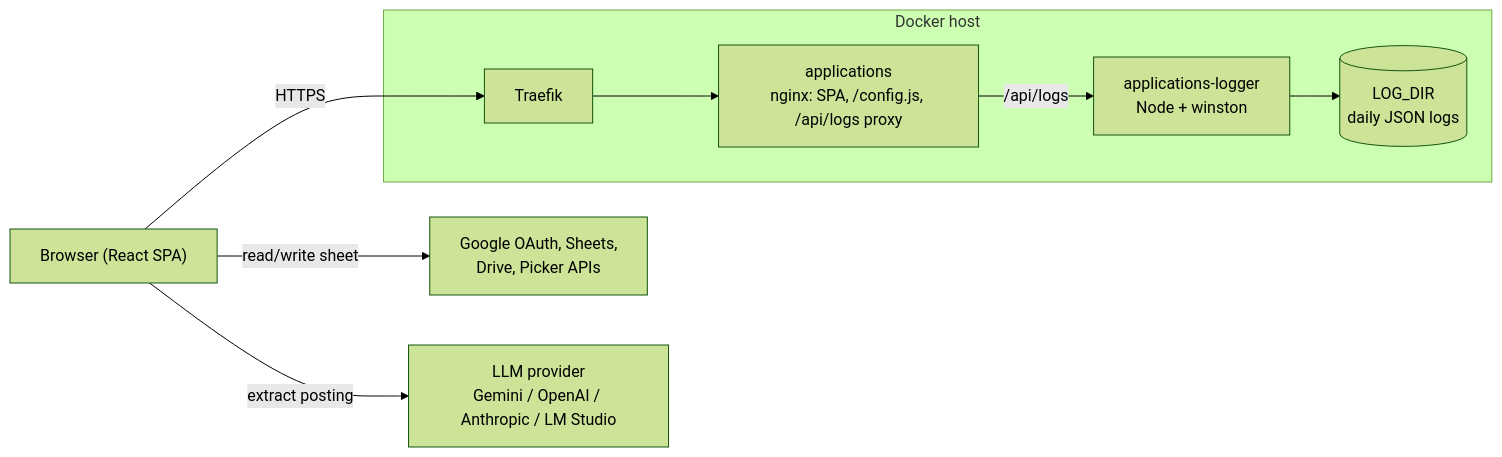
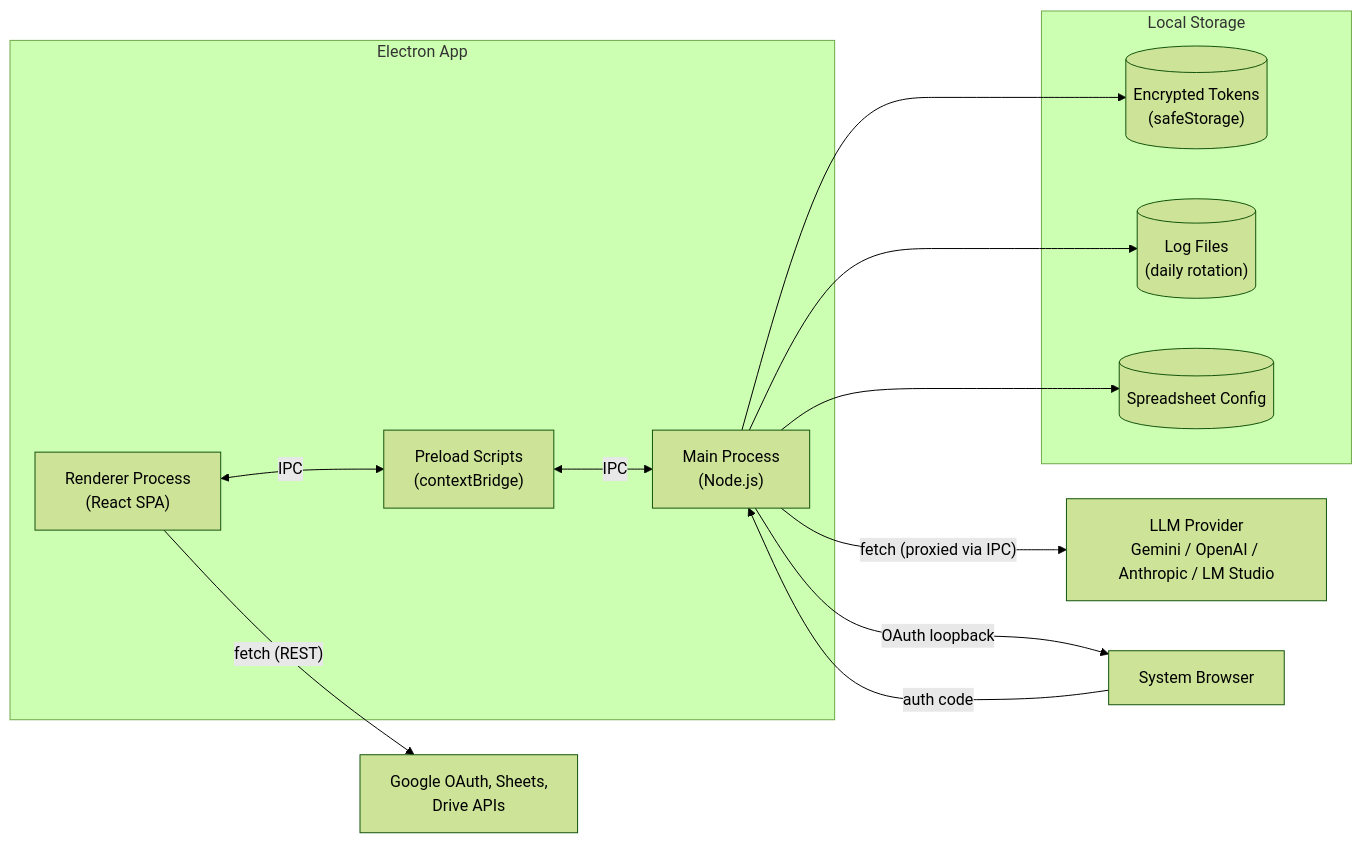
Before and after one commit to runyanjake/applications: the diagram in README.md, drawn with Mermaid (forest theme). The commit also changed other lines of this file and 51 other files, not shown here.

Commit message:
Get electron app working.

````diff
--- a/README.md
+++ b/README.md
@@ -29,17 +12,24 @@
 ```mermaid
 flowchart LR
-  user["Browser (React SPA)"]
-  subgraph host["Docker host"]
-    traefik["Traefik"]
-    app["applications<br/>nginx: SPA, /config.js, /api/logs proxy"]
-    logger["applications-logger<br/>Node + winston"]
-    logs[("LOG_DIR<br/>daily JSON logs")]
+  subgraph electron["Electron App"]
+    main["Main Process<br/>(Node.js)"]
+    renderer["Renderer Process<br/>(React SPA)"]
+    preload["Preload Scripts<br/>(contextBridge)"]
   end
-  google["Google OAuth, Sheets,<br/>Drive, Picker APIs"]
-  llm["LLM provider<br/>Gemini / OpenAI / Anthropic / LM Studio"]
+  subgraph local["Local Storage"]
+    tokens[("Encrypted Tokens<br/>(safeStorage)")]
+    logs[("Log Files<br/>(daily rotation)")]
+    config[("Spreadsheet Config")]
+  end
+  google["Google OAuth, Sheets,<br/>Drive APIs"]
+  llm["LLM Provider<br/>Gemini / OpenAI / Anthropic / LM Studio"]
+  browser["System Browser"]
 
-  user -->|HTTPS| traefik --> app
-  app -->|/api/logs| logger --> logs
-  user -->|"read/write sheet"| google
-  user -->|"extract posting"| llm
+  renderer <-->|IPC| preload <-->|IPC| main
+  main --> tokens
+  main --> logs
+  main --> config
+  main -->|OAuth loopback| browser -->|auth code| main
+  renderer -->|"fetch (REST)"| google
+  main -->|"fetch (proxied via IPC)"| llm
 ```
````
